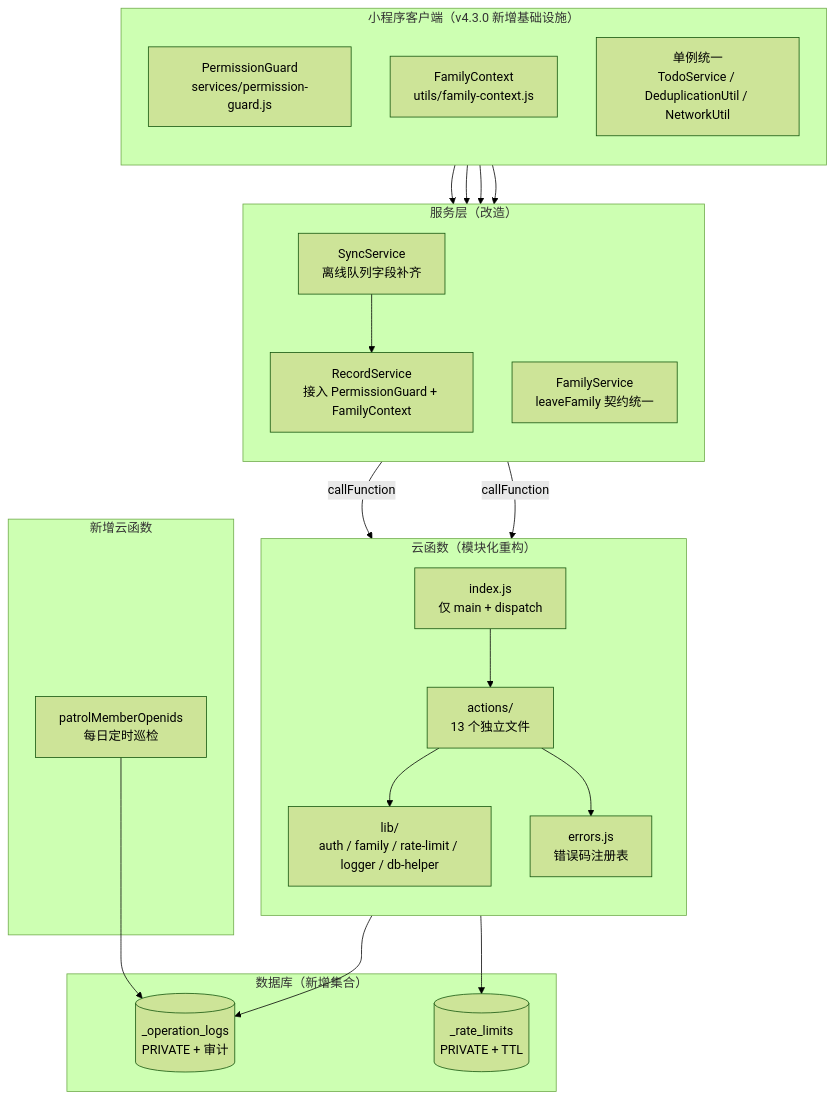
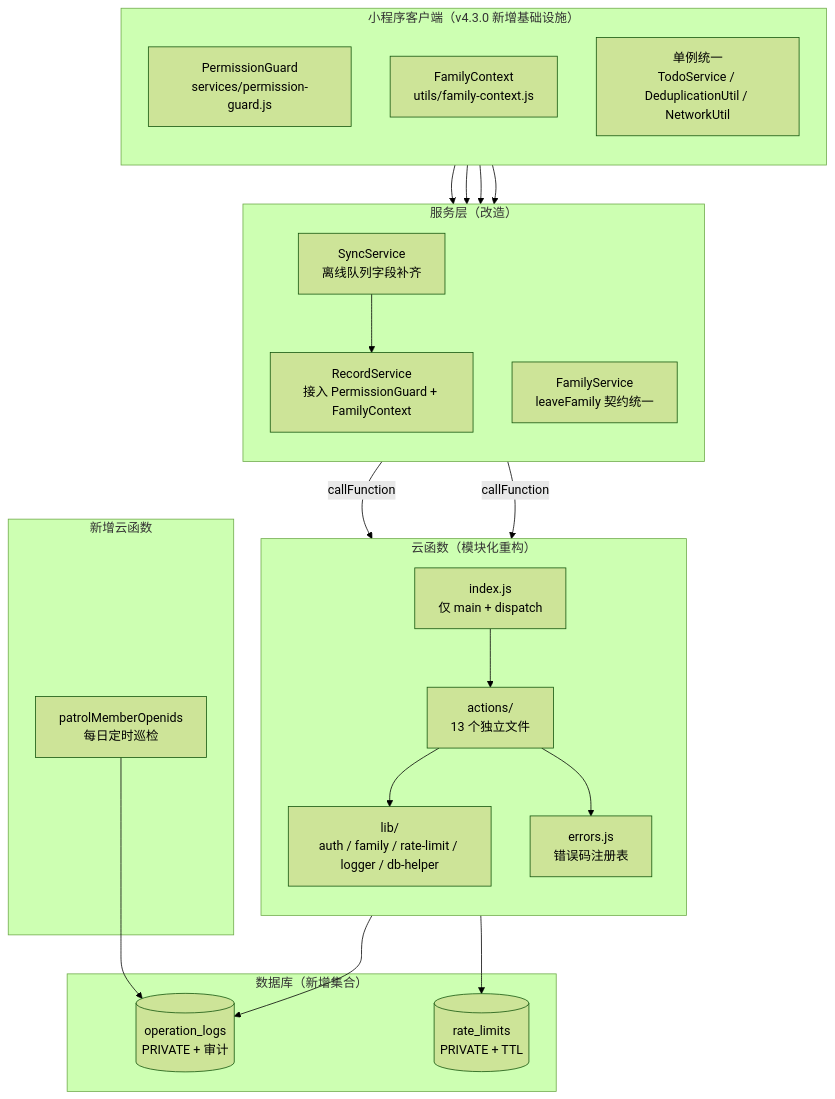
One commit to merlinjc/baby-care-tracker-3 changed the diagram in specs/v4.3.0-stability-and-observability/design.md. Above: the diagram before and after it, drawn with Mermaid (forest theme). The commit also changed other lines of this file and 3 other files, not shown here.

First line of the commit message:
docs(specs): 集合名调整为 operation_logs / rate_limits（去下划线前缀）

````diff
--- a/specs/v4.3.0-stability-and-observability/design.md
+++ b/specs/v4.3.0-stability-and-observability/design.md
@@ -11,47 +11,47 @@
 ```mermaid
 flowchart TB
   subgraph Client["小程序客户端（v4.3.0 新增基础设施）"]
     direction TB
     PG[PermissionGuard<br/>services/permission-guard.js]
     FC[FamilyContext<br/>utils/family-context.js]
     SI[单例统一<br/>TodoService / DeduplicationUtil / NetworkUtil]
   end
 
   subgraph Services["服务层（改造）"]
     direction TB
     RS[RecordService<br/>接入 PermissionGuard + FamilyContext]
     FS[FamilyService<br/>leaveFamily 契约统一]
     Sync[SyncService<br/>离线队列字段补齐]
   end
 
   subgraph CF["云函数（模块化重构）"]
     direction TB
     IDX[index.js<br/>仅 main + dispatch]
     ERR[errors.js<br/>错误码注册表]
     LIB[lib/<br/>auth / family / rate-limit / logger / db-helper]
     ACT[actions/<br/>13 个独立文件]
   end
 
   subgraph NewCF["新增云函数"]
     Patrol[patrolMemberOpenids<br/>每日定时巡检]
   end
 
   subgraph DB["数据库（新增集合）"]
-    OL[(_operation_logs<br/>PRIVATE + 审计)]
-    RL[(_rate_limits<br/>PRIVATE + TTL)]
+    OL[(operation_logs<br/>PRIVATE + 审计)]
+    RL[(rate_limits<br/>PRIVATE + TTL)]
   end
 
   PG --> RS
   FC --> RS
   FC --> FS
   FC --> Sync
   Sync --> RS
   RS -- callFunction --> IDX
   FS -- callFunction --> IDX
   IDX --> ACT
   ACT --> LIB
   LIB --> OL
   LIB --> RL
   Patrol --> OL
   ACT --> ERR
 ```
````
